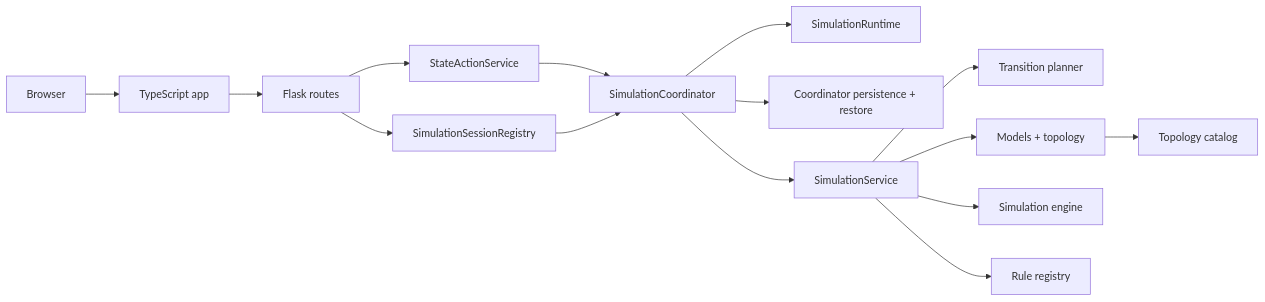
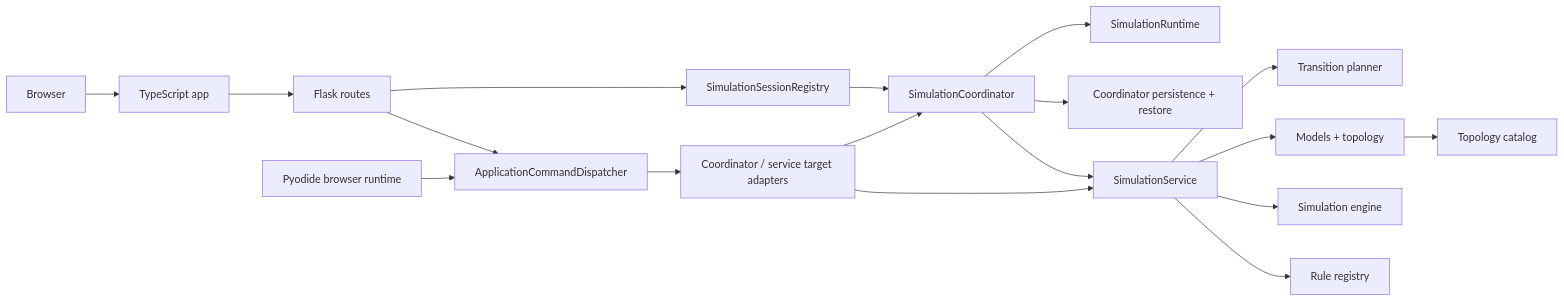
Before and after one commit to Grgs/cellular-automaton-lab: the diagram in docs/ARCHITECTURE.md, drawn with Mermaid. The commit also changed other lines of this file and 37 other files, not shown here.

Commit message:
Unify runtime command and capability contracts

````diff
--- a/docs/ARCHITECTURE.md
+++ b/docs/ARCHITECTURE.md
@@ -9,17 +9,20 @@
 ```mermaid
 flowchart LR
     Browser["Browser"] --> Frontend["TypeScript app"]
     Frontend --> Routes["Flask routes"]
     Routes --> Sessions["SimulationSessionRegistry"]
-    Routes --> StateActions["StateActionService"]
-    StateActions --> Coordinator["SimulationCoordinator"]
+    Routes --> Commands["ApplicationCommandDispatcher"]
+    Worker["Pyodide browser runtime"] --> Commands
+    Commands --> Targets["Coordinator / service target adapters"]
+    Targets --> Coordinator["SimulationCoordinator"]
+    Targets --> Service
     Sessions --> Coordinator
     Coordinator --> Runtime["SimulationRuntime"]
     Coordinator --> Persist["Coordinator persistence + restore"]
     Coordinator --> Service["SimulationService"]
     Service --> Planner["Transition planner"]
     Service --> Models["Models + topology"]
     Service --> Engine["Simulation engine"]
     Models --> Catalog["Topology catalog"]
     Service --> Rules["Rule registry"]
 ```
````
